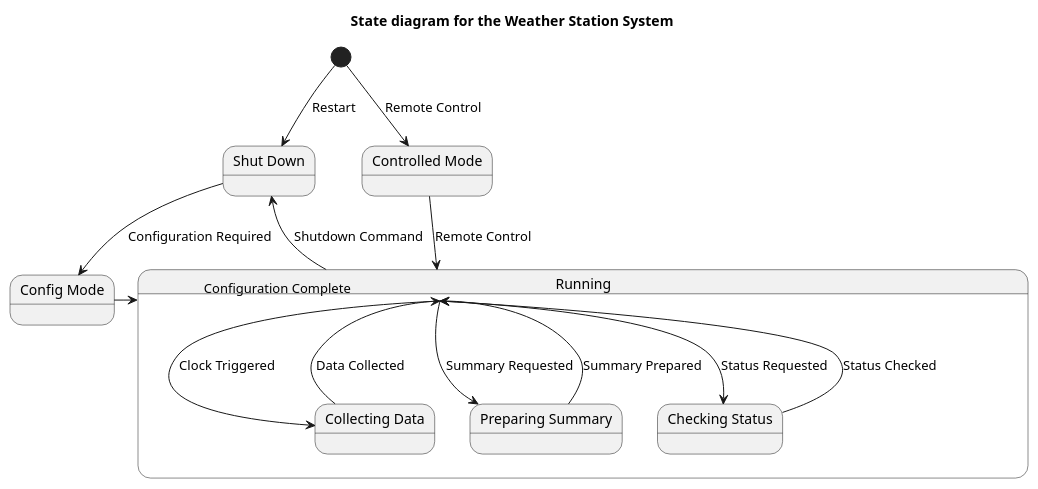
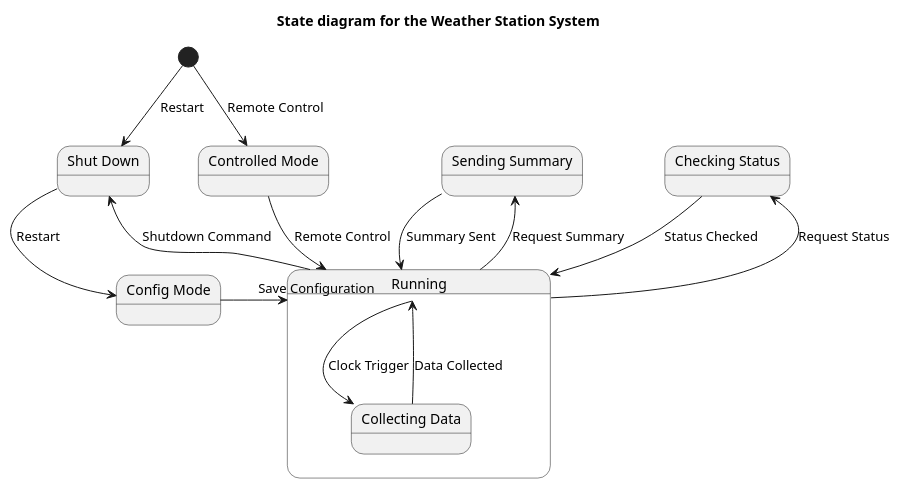
One commit to maimunafaria/State_transition_Diagram_generated_by_LLM changed the diagram in results/plantuml_pipeline_run3/runs/open_source__llama31_8b_instruct__few_shot/case_54_weather_station_system/run_01.initial.puml. Above: the diagram before and after it, drawn with PlantUML. The commit also changed 472 other files, not shown here.

```diff
--- a/results/plantuml_pipeline_run3/runs/open_source__llama31_8b_instruct__few_shot/case_54_weather_station_system/run_01.initial.puml
+++ b/results/plantuml_pipeline_run3/runs/open_source__llama31_8b_instruct__few_shot/case_54_weather_station_system/run_01.initial.puml
@@ -1,28 +1,29 @@
 @startuml
 title State diagram for the Weather Station System
 
 [*] --> ShutDown : Restart
 
 state "Shut Down" as ShutDown
 state "Config Mode" as ConfigMode
 state "Running" as Running {
   state "Collecting Data" as CollectingData
-  state "Preparing Summary" as PreparingSummary
-  state "Checking Status" as CheckingStatus
 }
 state "Controlled Mode" as ControlledMode
+state "Sending Summary" as SendingSummary
+state "Checking Status" as CheckingStatus
 
-ShutDown --> ConfigMode : Configuration Required
-ConfigMode --> Running : Configuration Complete
-Running --> CollectingData : Clock Triggered
+ShutDown --> ConfigMode : Restart
+ConfigMode --> Running : Save Configuration
+Running --> CollectingData : Clock Trigger
 CollectingData --> Running : Data Collected
-Running --> PreparingSummary : Summary Requested
-PreparingSummary --> Running : Summary Prepared
-Running --> CheckingStatus : Status Requested
+Running --> SendingSummary : Request Summary
+SendingSummary --> Running : Summary Sent
+Running --> CheckingStatus : Request Status
 CheckingStatus --> Running : Status Checked
 ControlledMode --> Running : Remote Control
 
 Running --> ShutDown : Shutdown Command
 
 [*] --> ControlledMode : Remote Control
+
 @enduml
```
